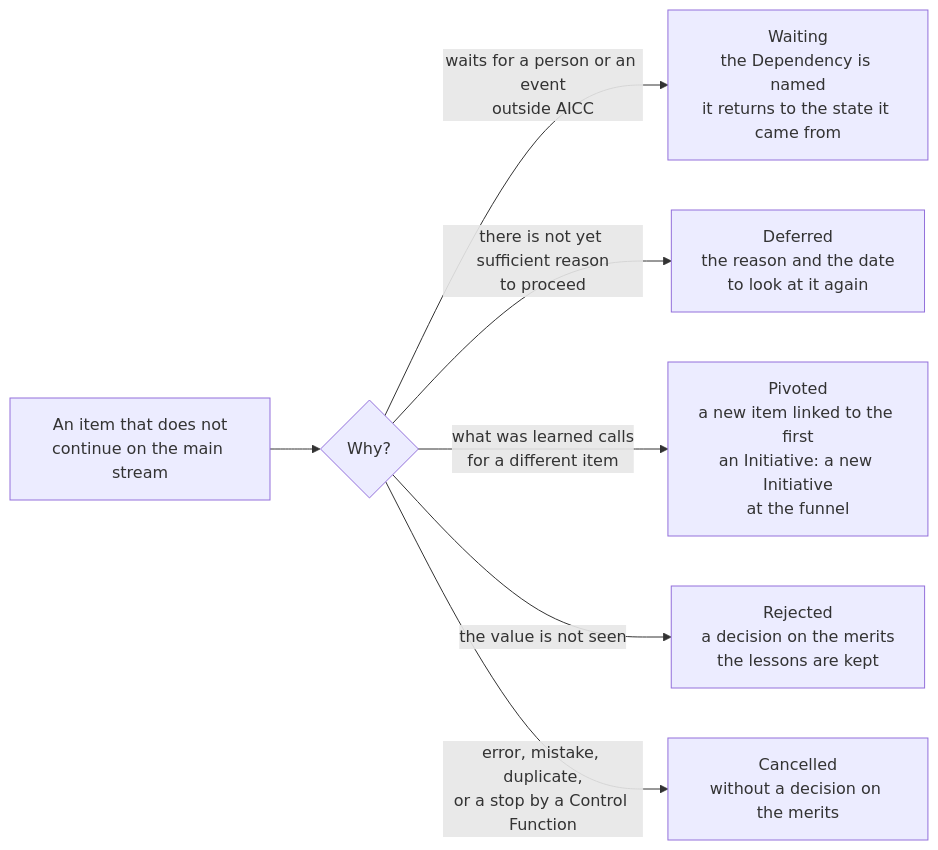
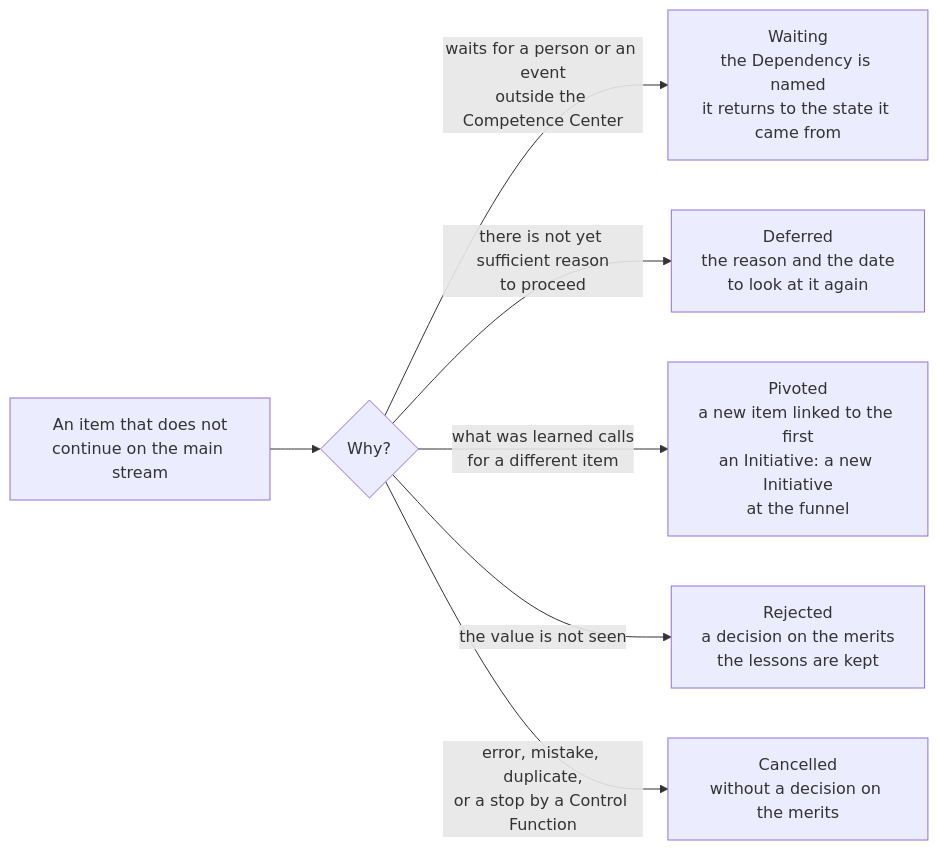
The fourth of 5 diagrams in charter/en/guides/service-delivery-guide.md (devhogu/ob-aicc), drawn with Mermaid before and after one commit. The commit also changed other lines of this file and 1149 other files, not shown here.

First line of the commit message:
The name Competence Center: AICC stays only as a code (DR-2026-066)

````diff
--- a/charter/en/guides/service-delivery-guide.md
+++ b/charter/en/guides/service-delivery-guide.md
@@ -74,9 +74,9 @@
 ```mermaid
 flowchart LR
   IT["An item that does not<br/>continue on the main stream"] --> Q{"Why?"}
-  Q -->|"waits for a person or an event<br/>outside AICC"| WT["Waiting<br/>the Dependency is named<br/>it returns to the state it came from"]
+  Q -->|"waits for a person or an event<br/>outside the Competence Center"| WT["Waiting<br/>the Dependency is named<br/>it returns to the state it came from"]
   Q -->|"there is not yet sufficient reason<br/>to proceed"| DF["Deferred<br/>the reason and the date<br/>to look at it again"]
   Q -->|"what was learned calls<br/>for a different item"| PV["Pivoted<br/>a new item linked to the first<br/>an Initiative: a new Initiative<br/>at the funnel"]
   Q -->|"the value is not seen"| RJ["Rejected<br/>a decision on the merits<br/>the lessons are kept"]
   Q -->|"error, mistake, duplicate,<br/>or a stop by a Control Function"| CN["Cancelled<br/>without a decision on the merits"]
 ```
````
